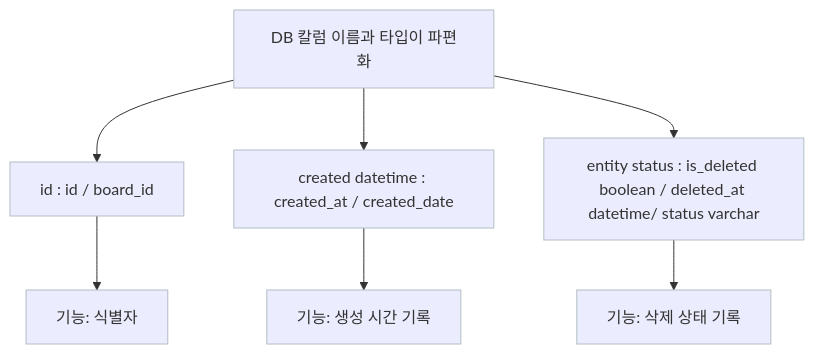
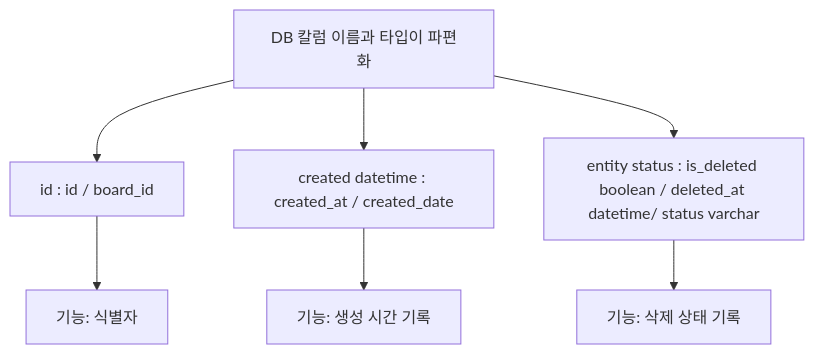
One commit to shp7408/career-architecture changed the diagram in asis/ARCHITECTURE-shp7408-04.md. Above: the diagram before and after it, drawn with Mermaid.

````diff
--- a/asis/ARCHITECTURE-shp7408-04.md
+++ b/asis/ARCHITECTURE-shp7408-04.md
@@ -26,15 +26,10 @@
 ```mermaid
 flowchart TD
     A[DB 칼럼 이름과 타입이 파편화] --> B[id : id / board_id]
     A --> C[created datetime : created_at / created_date]
     A --> D[entity status : is_deleted boolean / deleted_at datetime/ status varchar]
 
     B --> E[기능: 식별자]
     C --> F[기능: 생성 시간 기록]
     D --> G[기능: 삭제 상태 기록]
-
-
-    classDef default fill:#,stroke:#b2bec3,stroke-width:1px;
-    class A,B,C,D,E,F,G default;
-
 ```
````
